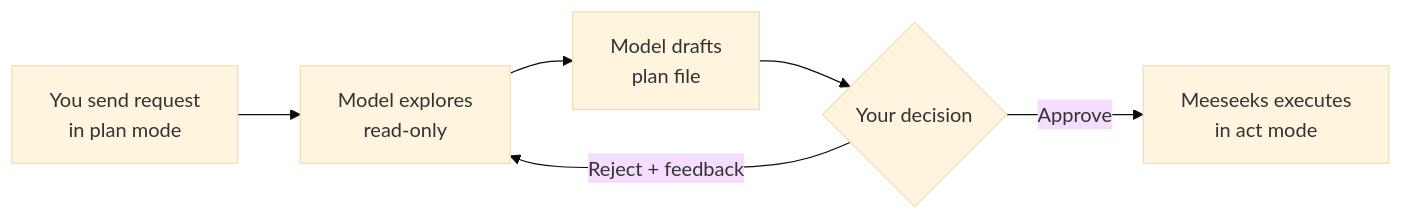
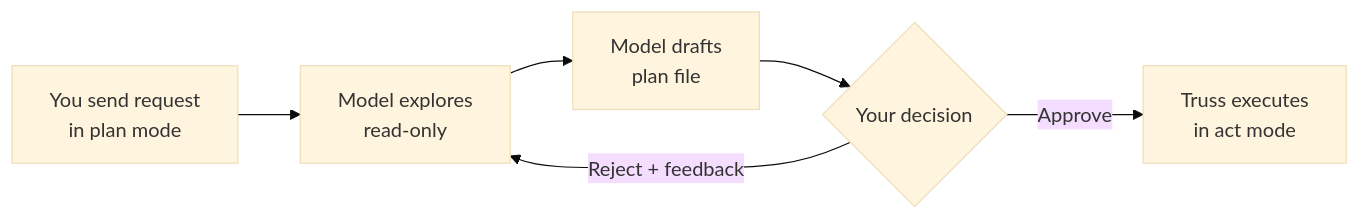
One commit to bearlike/Assistant changed the diagram in docs/features-plan-mode.md. Above: the diagram before and after it, drawn with Mermaid (base theme). The commit also changed other lines of this file and 626 other files, not shown here.

````diff
--- a/docs/features-plan-mode.md
+++ b/docs/features-plan-mode.md
@@ -58,8 +58,8 @@
 ```mermaid
 flowchart LR
     A[You send request<br/>in plan mode] --> B[Model explores<br/>read-only]
     B --> C[Model drafts<br/>plan file]
     C --> D{Your decision}
-    D -->|Approve| E[Meeseeks executes<br/>in act mode]
+    D -->|Approve| E[Truss executes<br/>in act mode]
     D -->|Reject + feedback| B
 ```
````
